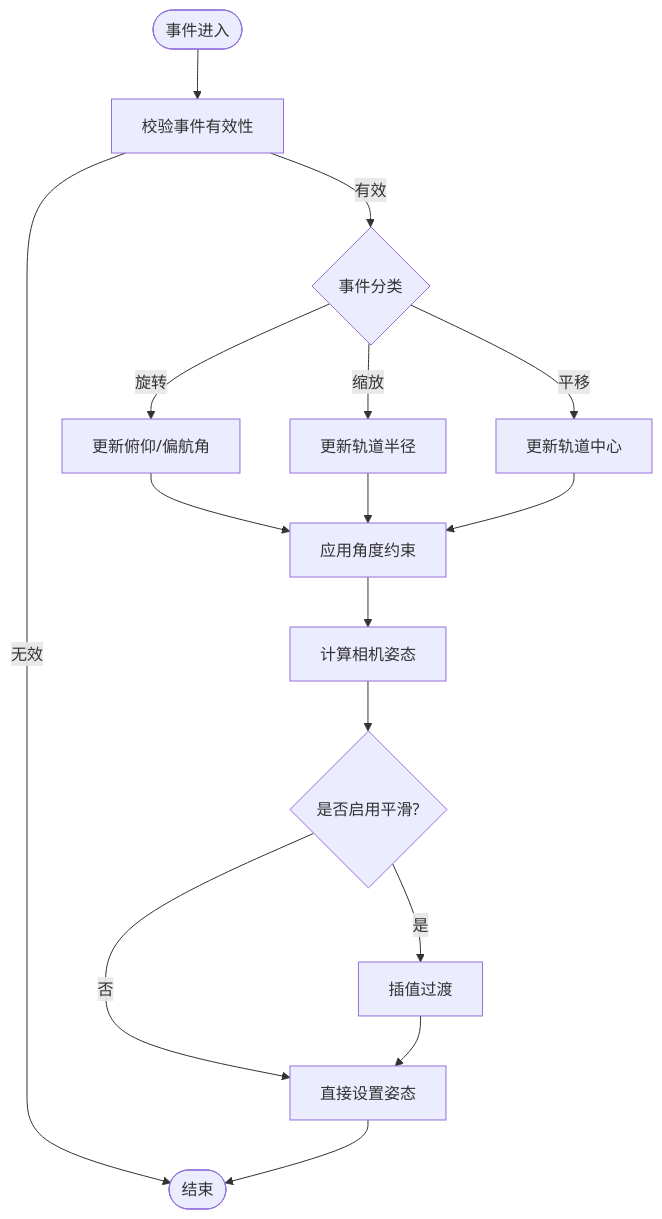
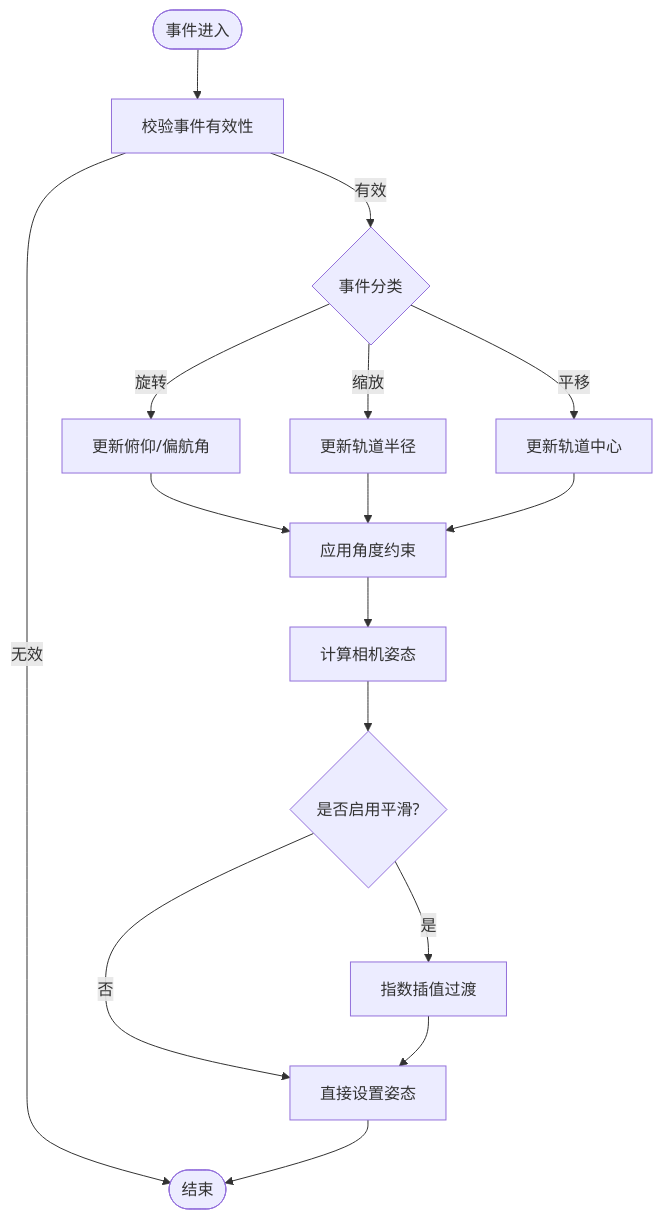
Before and after one commit to rzhangjing/cesium: the third of 6 diagrams in .qoder/repowiki/zh/content/项目概述/核心特性/相机与交互控制/相机控制系统/轨道相机控制器.md, drawn with Mermaid. The commit also changed other lines of this file and 9 other files, not shown here.

````diff
--- a/.qoder/repowiki/zh/content/项目概述/核心特性/相机与交互控制/相机控制系统/轨道相机控制器.md
+++ b/.qoder/repowiki/zh/content/项目概述/核心特性/相机与交互控制/相机控制系统/轨道相机控制器.md
@@ -129,18 +137,18 @@
 ```mermaid
 flowchart TD
 Start(["事件进入"]) --> Validate["校验事件有效性"]
 Validate --> |无效| End(["结束"])
 Validate --> |有效| Classify{"事件分类"}
 Classify --> |旋转| UpdateAngles["更新俯仰/偏航角"]
 Classify --> |缩放| UpdateRadius["更新轨道半径"]
 Classify --> |平移| UpdateCenter["更新轨道中心"]
 UpdateAngles --> ApplyConstraints["应用角度约束"]
 UpdateRadius --> ApplyConstraints
 UpdateCenter --> ApplyConstraints
 ApplyConstraints --> ComputePose["计算相机姿态"]
 ComputePose --> SmoothCheck{"是否启用平滑?"}
-SmoothCheck --> |是| Interpolate["插值过渡"]
+SmoothCheck --> |是| Interpolate["指数插值过渡"]
 SmoothCheck --> |否| SetPose["直接设置姿态"]
 Interpolate --> SetPose
 SetPose --> End
 ```
````
